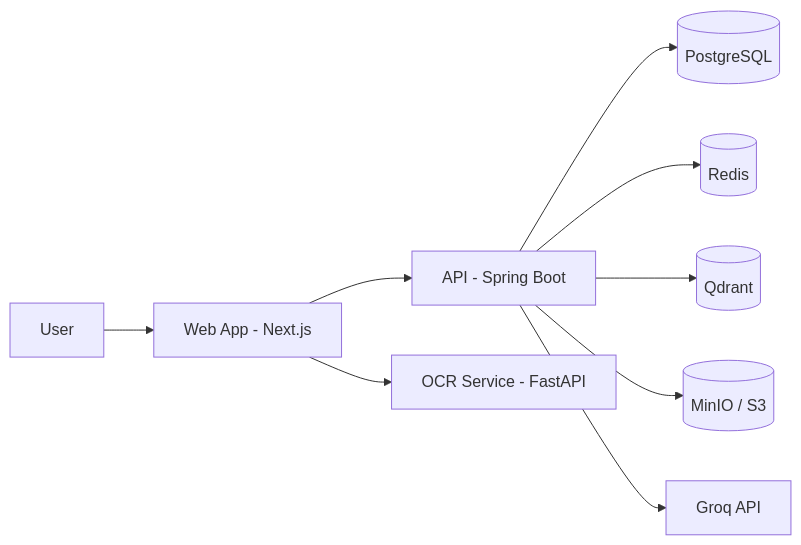
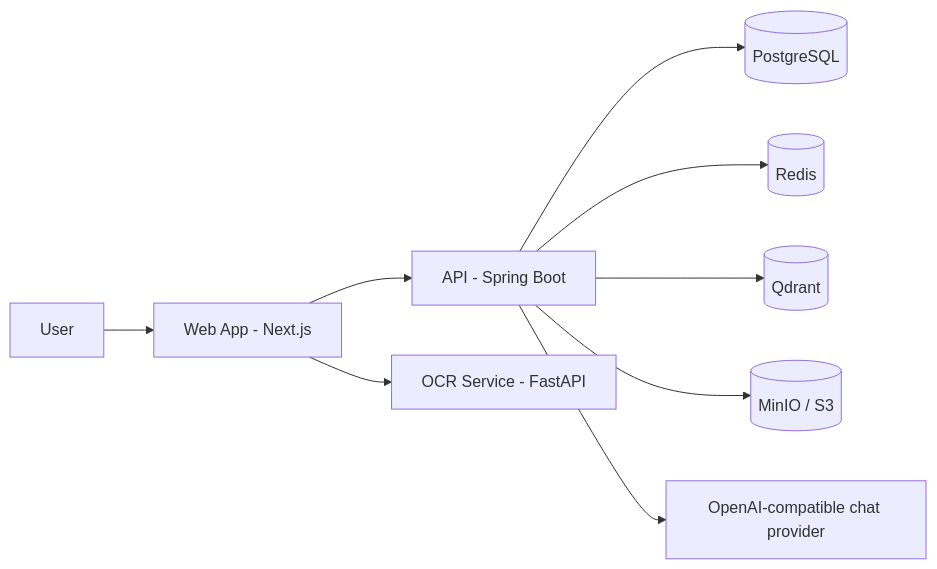
The diagram in README.md (vuminhhieuu/health-lens), drawn with Mermaid before and after one commit. The commit also changed other lines of this file and 19 other files, not shown here.

Commit message:
feat(lin-135): add generic AI chat provider config

````diff
--- a/README.md
+++ b/README.md
@@ -33,11 +33,11 @@
 ```mermaid
 flowchart LR
     U[User] --> W[Web App - Next.js]
     W --> A[API - Spring Boot]
     W --> O[OCR Service - FastAPI]
     A --> P[(PostgreSQL)]
     A --> R[(Redis)]
     A --> V[(Qdrant)]
     A --> S[(MinIO / S3)]
-    A --> G[Groq API]
+    A --> G[OpenAI-compatible chat provider]
 ```
````
